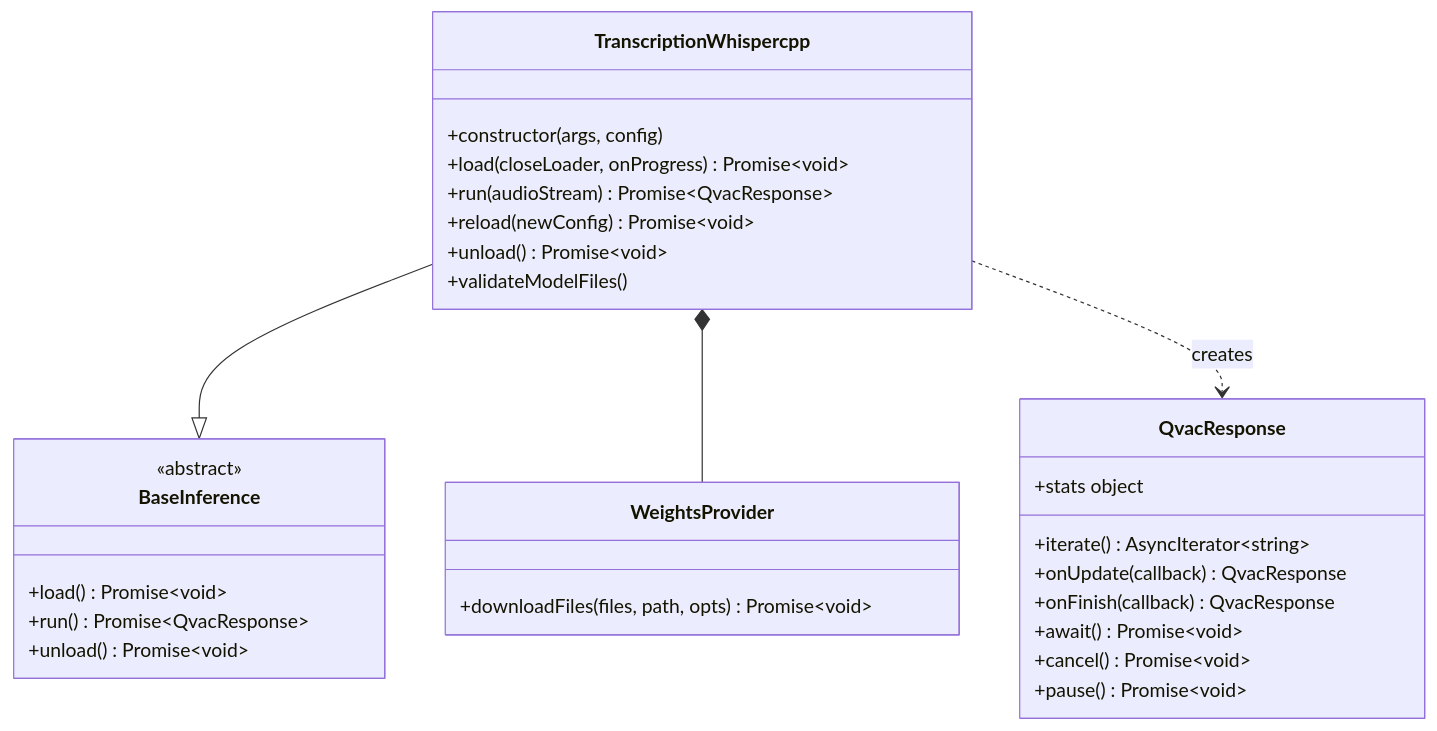
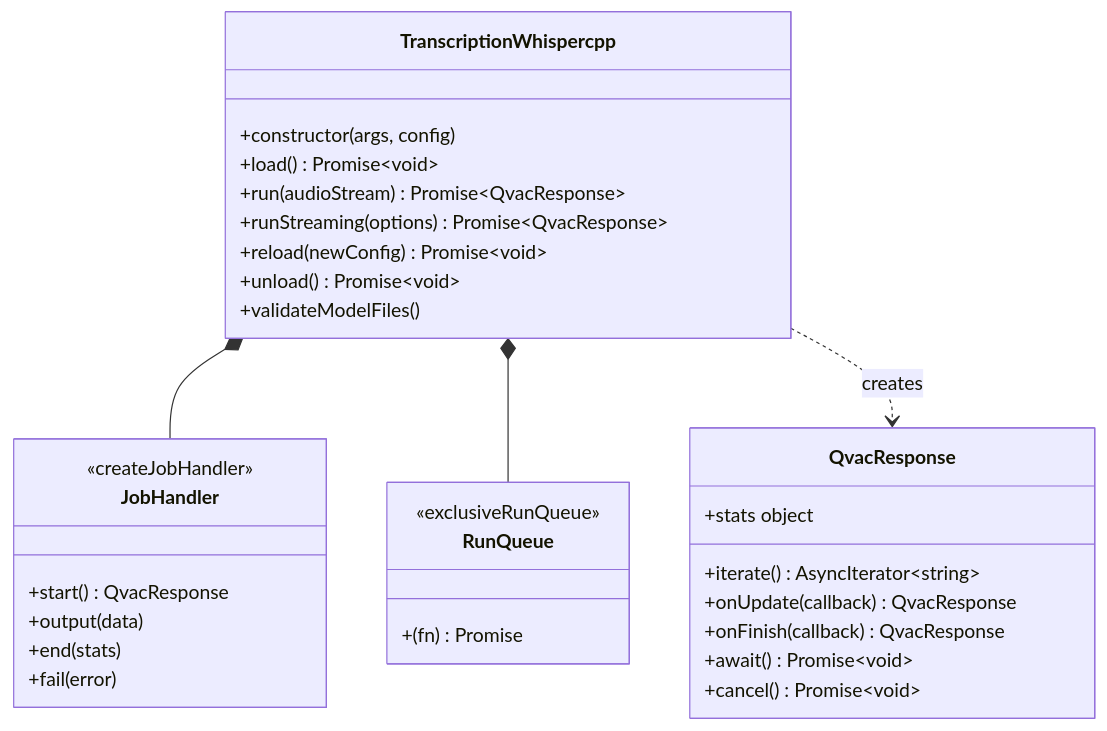
The second of 4 diagrams in packages/transcription-whispercpp/docs/architecture.md (tetherto/qvac), drawn with Mermaid before and after one commit. The commit also changed other lines of this file and 7 other files, not shown here.

First line of the commit message:
doc: refresh inference addon architecture docs

````diff
--- a/packages/transcription-whispercpp/docs/architecture.md
+++ b/packages/transcription-whispercpp/docs/architecture.md
@@ -155,36 +152,38 @@
 ```mermaid
 classDiagram
     class TranscriptionWhispercpp {
         +constructor(args, config)
-        +load(closeLoader, onProgress) Promise~void~
+        +load() Promise~void~
         +run(audioStream) Promise~QvacResponse~
+        +runStreaming(options) Promise~QvacResponse~
         +reload(newConfig) Promise~void~
         +unload() Promise~void~
         +validateModelFiles()
     }
 
-    class BaseInference {
-        <<abstract>>
-        +load() Promise~void~
-        +run() Promise~QvacResponse~
-        +unload() Promise~void~
+    class JobHandler {
+        <<createJobHandler>>
+        +start() QvacResponse
+        +output(data)
+        +end(stats)
+        +fail(error)
     }
 
     class QvacResponse {
         +iterate() AsyncIterator~string~
         +onUpdate(callback) QvacResponse
         +onFinish(callback) QvacResponse
         +await() Promise~void~
         +cancel() Promise~void~
-        +pause() Promise~void~
         +stats object
     }
 
-    class WeightsProvider {
-        +downloadFiles(files, path, opts) Promise~void~
+    class RunQueue {
+        <<exclusiveRunQueue>>
+        +(fn) Promise
     }
 
-    TranscriptionWhispercpp --|> BaseInference
-    TranscriptionWhispercpp *-- WeightsProvider
+    TranscriptionWhispercpp *-- JobHandler
+    TranscriptionWhispercpp *-- RunQueue
     TranscriptionWhispercpp ..> QvacResponse : creates
 ```
````
